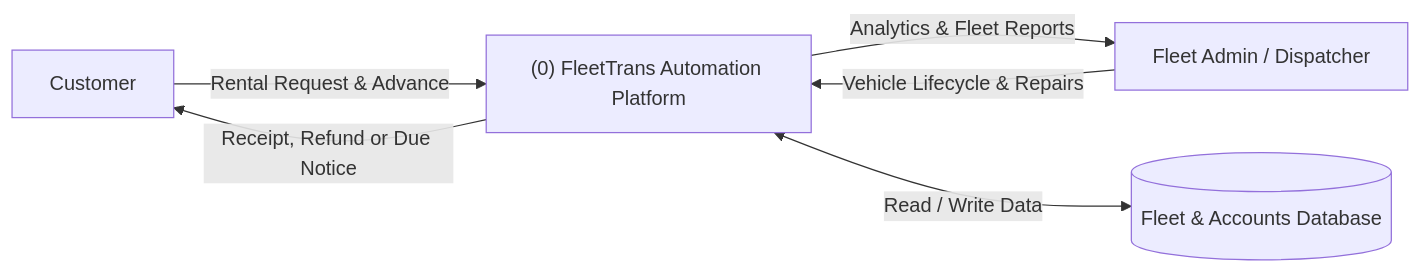
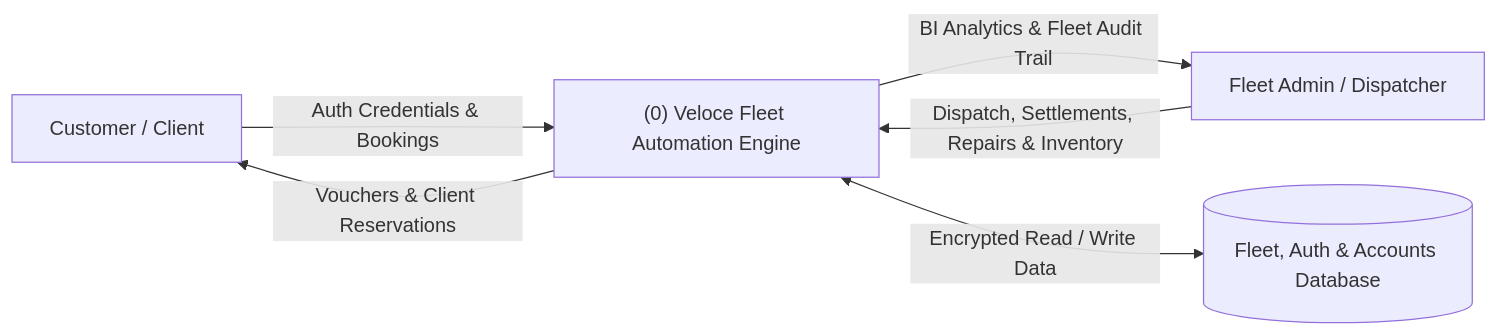
Before and after one commit to 07nil02/SWE: the fourth of 5 diagrams in fleet_automation_documentation.md, drawn with Mermaid. The commit also changed other lines of this file, not shown here.

````diff
--- a/fleet_automation_documentation.md
+++ b/fleet_automation_documentation.md
@@ -201,15 +217,15 @@
 ```mermaid
 flowchart LR
-    Customer["Customer"]
+    Customer["Customer / Client"]
     Admin["Fleet Admin / Dispatcher"]
-    Sys["(0) FleetTrans Automation Platform"]
-    DB[("Fleet & Accounts Database")]
+    Sys["(0) Veloce Fleet Automation Engine"]
+    DB[("Fleet, Auth & Accounts Database")]
 
-    Customer -->|"Rental Request & Advance"| Sys
-    Sys -->|"Receipt, Refund or Due Notice"| Customer
+    Customer -->|"Auth Credentials & Bookings"| Sys
+    Sys -->|"Vouchers & Client Reservations"| Customer
 
-    Admin -->|"Vehicle Lifecycle & Repairs"| Sys
-    Sys -->|"Analytics & Fleet Reports"| Admin
+    Admin -->|"Dispatch, Settlements, Repairs & Inventory"| Sys
+    Sys -->|"BI Analytics & Fleet Audit Trail"| Admin
 
-    Sys <-->|"Read / Write Data"| DB
+    Sys <-->|"Encrypted Read / Write Data"| DB
 ```
````
